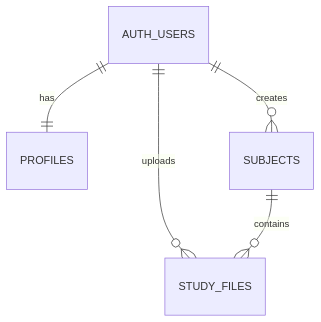
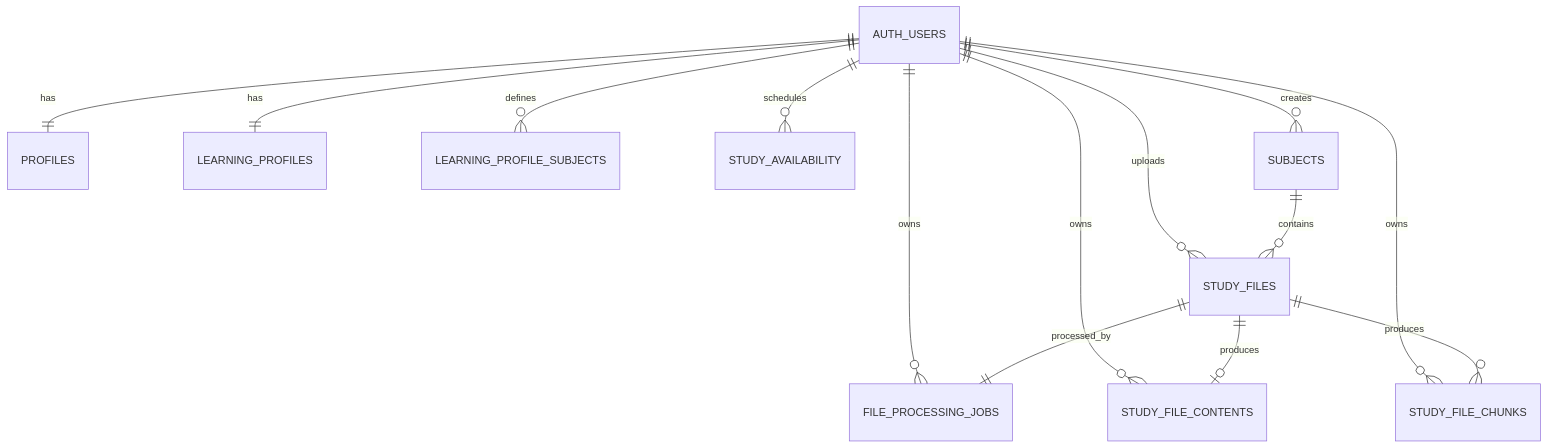
Before and after one commit to jianna-acc/stsp-capstone: the diagram in docs/database.md, drawn with Mermaid. The commit also changed other lines of this file and 29 other files, not shown here.

````diff
--- a/docs/database.md
+++ b/docs/database.md
@@ -139,7 +420,18 @@
 ```mermaid
 erDiagram
     AUTH_USERS ||--|| PROFILES : has
+    AUTH_USERS ||--|| LEARNING_PROFILES : has
+    AUTH_USERS ||--o{ LEARNING_PROFILE_SUBJECTS : defines
+    AUTH_USERS ||--o{ STUDY_AVAILABILITY : schedules
     AUTH_USERS ||--o{ SUBJECTS : creates
     AUTH_USERS ||--o{ STUDY_FILES : uploads
+    AUTH_USERS ||--o{ FILE_PROCESSING_JOBS : owns
+    AUTH_USERS ||--o{ STUDY_FILE_CONTENTS : owns
+    AUTH_USERS ||--o{ STUDY_FILE_CHUNKS : owns
+
     SUBJECTS ||--o{ STUDY_FILES : contains
+
+    STUDY_FILES ||--|| FILE_PROCESSING_JOBS : processed_by
+    STUDY_FILES ||--o| STUDY_FILE_CONTENTS : produces
+    STUDY_FILES ||--o{ STUDY_FILE_CHUNKS : produces
 ```
````
